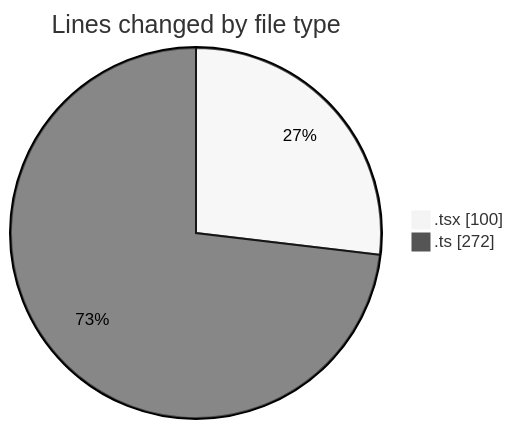
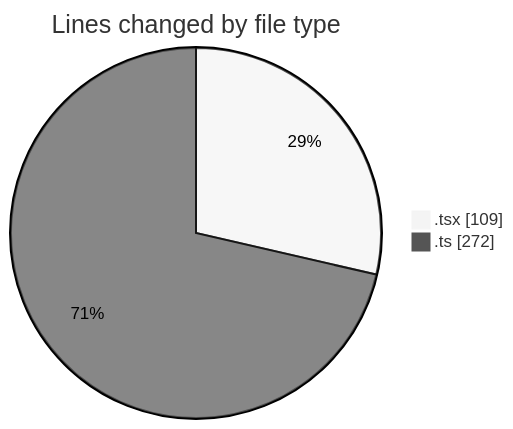
The first of 2 diagrams in 2025-03-17/audiobooks-web/README.md (robertbonfada/code-tracking), drawn with Mermaid (neutral theme) before and after one commit. The commit also changed other lines of this file and 1 other file, not shown here.

````diff
--- a/2025-03-17/audiobooks-web/README.md
+++ b/2025-03-17/audiobooks-web/README.md
@@ -23,6 +23,6 @@
 ```mermaid
 pie showData
 title Lines changed by file type
-".tsx" : 100
+".tsx" : 109
 ".ts" : 272
 ```
````
